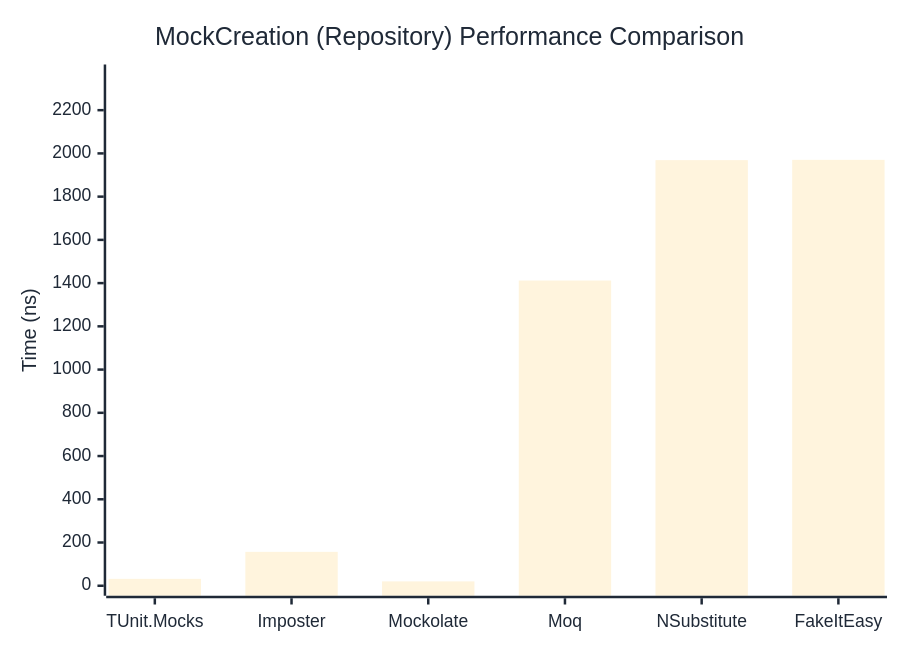
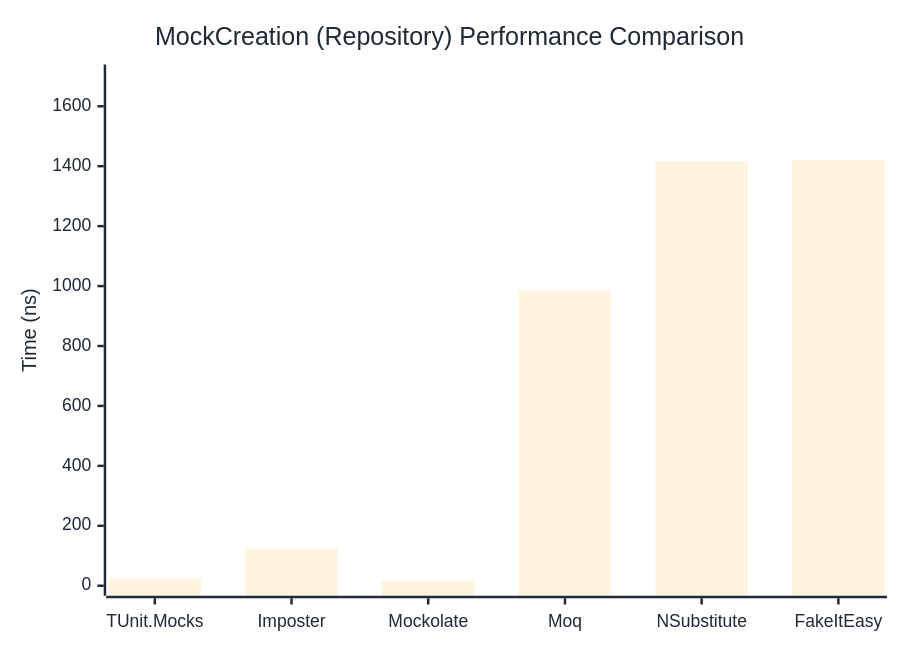
Before and after one commit to thomhurst/TUnit: the second of 2 diagrams in docs/docs/benchmarks/mocks/MockCreation.md, drawn with Mermaid. The commit also changed other lines of this file and 14 other files, not shown here.

````diff
--- a/docs/docs/benchmarks/mocks/MockCreation.md
+++ b/docs/docs/benchmarks/mocks/MockCreation.md
@@ -71,27 +71,27 @@
 ```mermaid
 %%{init: {
   'theme':'base',
   'themeVariables': {
     'primaryColor': '#2563eb',
     'primaryTextColor': '#1f2937',
     'primaryBorderColor': '#1e40af',
     'lineColor': '#6b7280',
     'secondaryColor': '#7c3aed',
     'tertiaryColor': '#dc2626',
     'background': '#ffffff',
     'pie1': '#2563eb',
     'pie2': '#7c3aed',
     'pie3': '#dc2626',
     'pie4': '#f59e0b',
     'pie5': '#10b981',
     'pie6': '#06b6d4',
     'pie7': '#ec4899',
     'pie8': '#6366f1'
   }
 }}%%
 xychart-beta
   title "MockCreation (Repository) Performance Comparison"
   x-axis ["TUnit.Mocks", "Imposter", "Mockolate", "Moq", "NSubstitute", "FakeItEasy"]
-  y-axis "Time (ns)" 0 --> 2365
-  bar [31.89, 156.8, 20.22, 1411.97, 1968.82, 1970.15]
+  y-axis "Time (ns)" 0 --> 1706
+  bar [23.4, 122.91, 13.84, 983.67, 1415.68, 1420.88]
 ```
````
